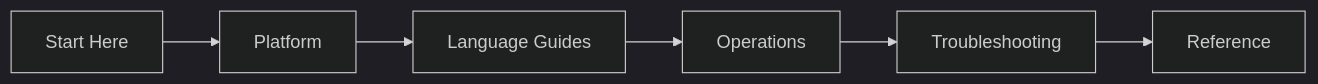
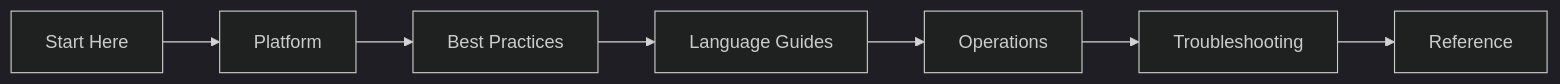
One commit to yeongseon/azure-app-service-practical-guide changed the diagram in docs/index.md. Above: the diagram before and after it, drawn with Mermaid (dark theme). The commit also changed other lines of this file and 23 other files, not shown here.

````diff
--- a/docs/index.md
+++ b/docs/index.md
@@ -21,8 +23,9 @@
 ```mermaid
 flowchart LR
     A[Start Here] --> B[Platform]
-    B --> C[Language Guides]
-    C --> D[Operations]
-    D --> E[Troubleshooting]
-    E --> F[Reference]
+    B --> C[Best Practices]
+    C --> D[Language Guides]
+    D --> E[Operations]
+    E --> F[Troubleshooting]
+    F --> G[Reference]
 ```
````
